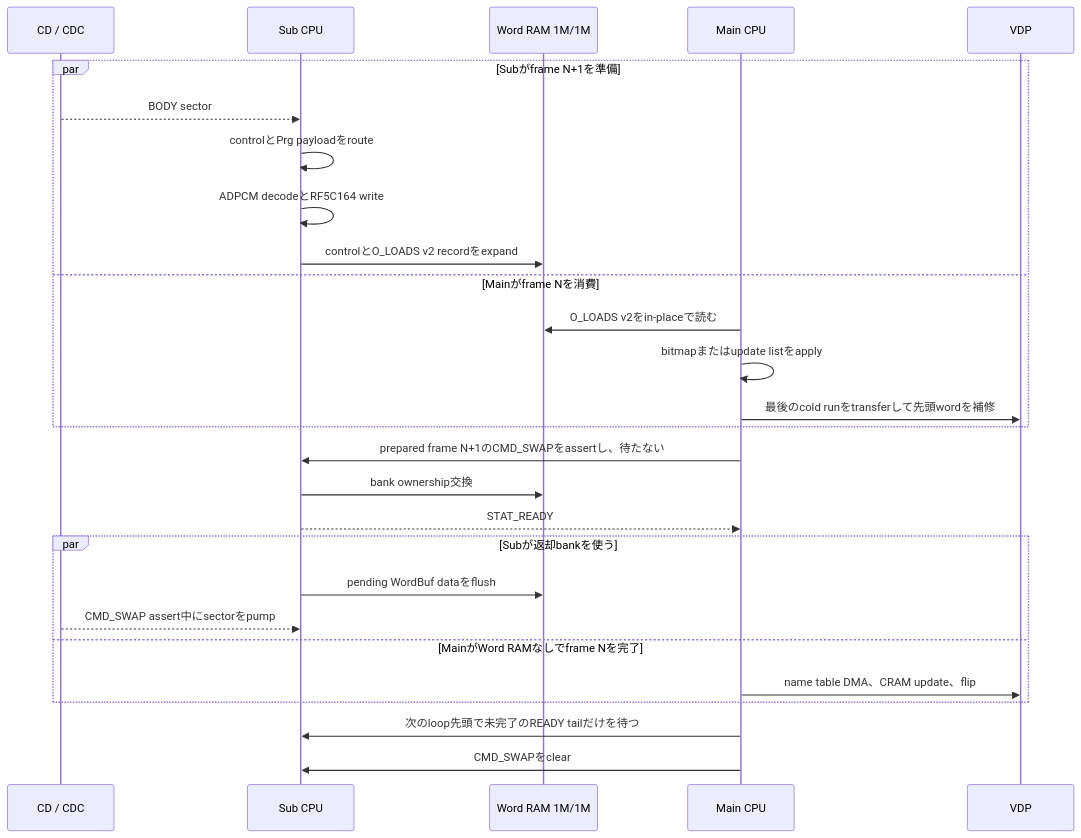
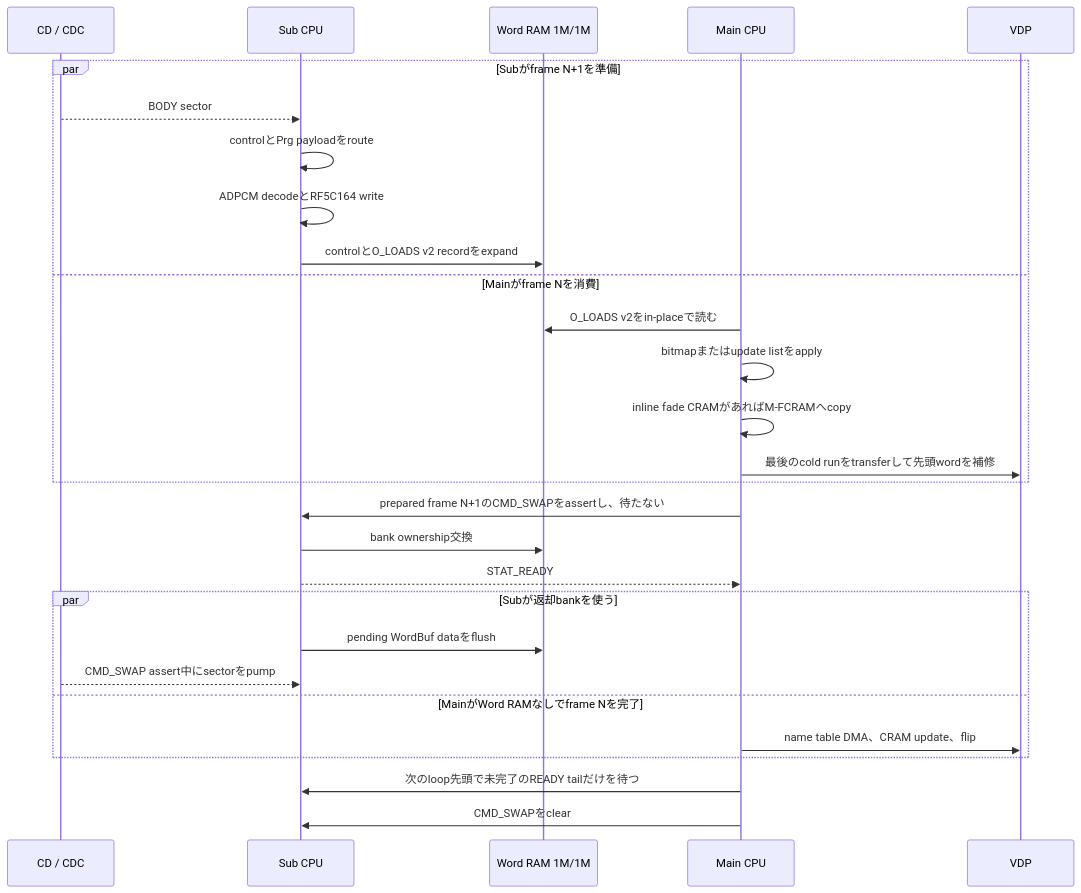
The fourth of 4 diagrams in PLAYER.md (akiyan/segacd-fmv-cavc), drawn with Mermaid before and after one commit. The commit also changed other lines of this file and 2 other files, not shown here.

````diff
--- a/PLAYER.md
+++ b/PLAYER.md
@@ -668,33 +672,34 @@
 ```mermaid
 sequenceDiagram
     participant CD as CD / CDC
     participant S as Sub CPU
     participant W as Word RAM 1M/1M
     participant M as Main CPU
     participant V as VDP
 
     par Subがframe N+1を準備
         CD-->>S: BODY sector
         S->>S: controlとPrg payloadをroute
         S->>S: ADPCM decodeとRF5C164 write
         S->>W: controlとO_LOADS v2 recordをexpand
     and Mainがframe Nを消費
         M->>W: O_LOADS v2をin-placeで読む
         M->>M: bitmapまたはupdate listをapply
+        M->>M: inline fade CRAMがあればM-FCRAMへcopy
         M->>V: 最後のcold runをtransferして先頭wordを補修
     end
 
     M->>S: prepared frame N+1のCMD_SWAPをassertし、待たない
     S->>W: bank ownership交換
     S-->>M: STAT_READY
 
     par Subが返却bankを使う
         S->>W: pending WordBuf dataをflush
         CD-->>S: CMD_SWAP assert中にsectorをpump
     and MainがWord RAMなしでframe Nを完了
         M->>V: name table DMA、CRAM update、flip
     end
 
     M->>S: 次のloop先頭で未完了のREADY tailだけを待つ
     M->>S: CMD_SWAPをclear
 ```
````
